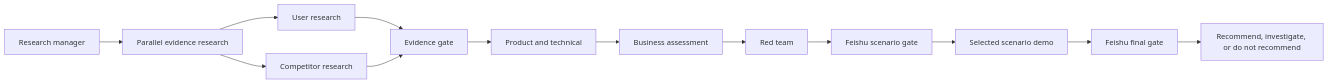
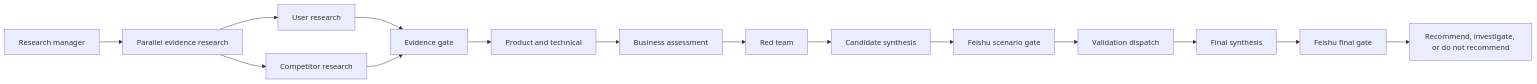
The second of 2 diagrams in docs/architecture.md (lnkloveating/agentinsight-eufy), drawn with Mermaid before and after one commit. The commit also changed other lines of this file and 1 other file, not shown here.

Commit message:
补齐LangGraph验收与架构说明

````diff
--- a/docs/architecture.md
+++ b/docs/architecture.md
@@ -40,15 +40,17 @@
 ```mermaid
 flowchart LR
     Manager["Research manager"] --> Parallel["Parallel evidence research"]
     Parallel --> UserAgent["User research"]
     Parallel --> Competitor["Competitor research"]
     UserAgent --> EvidenceGate["Evidence gate"]
     Competitor --> EvidenceGate
     EvidenceGate --> Product["Product and technical"]
     Product --> Business["Business assessment"]
     Business --> RedTeam["Red team"]
-    RedTeam --> ScenarioGate["Feishu scenario gate"]
-    ScenarioGate --> Demo["Selected scenario demo"]
-    Demo --> FinalGate["Feishu final gate"]
+    RedTeam --> Synthesis["Candidate synthesis"]
+    Synthesis --> ScenarioGate["Feishu scenario gate"]
+    ScenarioGate --> Validation["Validation dispatch"]
+    Validation --> FinalSynthesis["Final synthesis"]
+    FinalSynthesis --> FinalGate["Feishu final gate"]
     FinalGate --> Proposal["Recommend, investigate, or do not recommend"]
 ```
````
